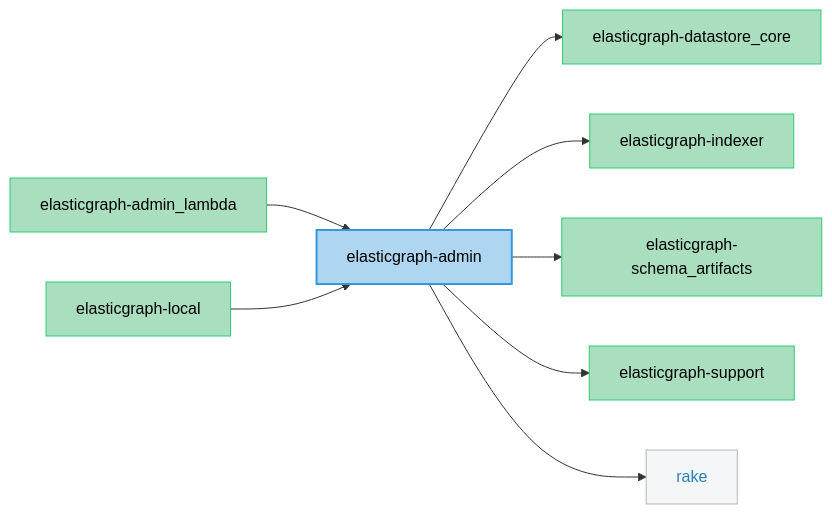
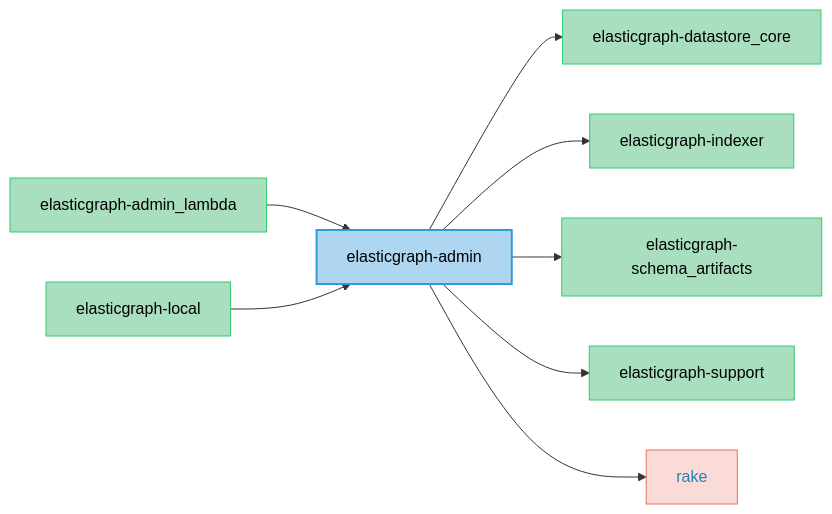
The diagram in elasticgraph-admin/README.md (block/elasticgraph), drawn with Mermaid before and after one commit. The commit also changed 23 other files, not shown here.

````diff
--- a/elasticgraph-admin/README.md
+++ b/elasticgraph-admin/README.md
@@ -7,30 +7,30 @@
 ```mermaid
 graph LR;
     classDef currentGemStyle fill:#AED6F1,stroke:#3498DB,color:#000,stroke-width:2px;
     classDef internalEgGemStyle fill:#A9DFBF,stroke:#2ECC71,color:#000;
-    classDef externalGemStyle fill:#F4F6F7,stroke:#B3B6B7,color:#2980B9;
+    classDef externalGemStyle fill:#FADBD8,stroke:#EC7063,color:#2980B9;
     elasticgraph-admin["elasticgraph-admin"];
     class elasticgraph-admin currentGemStyle;
     elasticgraph-datastore_core["elasticgraph-datastore_core"];
     elasticgraph-admin --> elasticgraph-datastore_core;
     class elasticgraph-datastore_core internalEgGemStyle;
     elasticgraph-indexer["elasticgraph-indexer"];
     elasticgraph-admin --> elasticgraph-indexer;
     class elasticgraph-indexer internalEgGemStyle;
     elasticgraph-schema_artifacts["elasticgraph-schema_artifacts"];
     elasticgraph-admin --> elasticgraph-schema_artifacts;
     class elasticgraph-schema_artifacts internalEgGemStyle;
     elasticgraph-support["elasticgraph-support"];
     elasticgraph-admin --> elasticgraph-support;
     class elasticgraph-support internalEgGemStyle;
     rake["rake"];
     elasticgraph-admin --> rake;
     class rake externalGemStyle;
     elasticgraph-admin_lambda["elasticgraph-admin_lambda"];
     elasticgraph-admin_lambda --> elasticgraph-admin;
     class elasticgraph-admin_lambda internalEgGemStyle;
     elasticgraph-local["elasticgraph-local"];
     elasticgraph-local --> elasticgraph-admin;
     class elasticgraph-local internalEgGemStyle;
     click rake href "https://rubygems.org/gems/rake" "Open on RubyGems.org" _blank;
 ```
````
